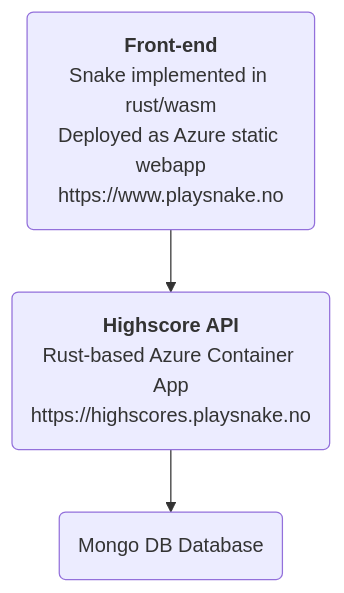
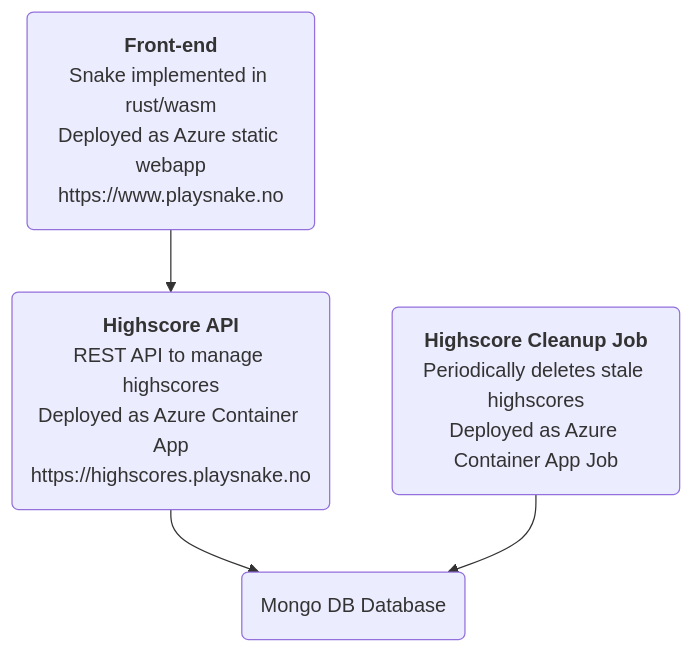
The diagram in README.md (christianfosli/snake), drawn with Mermaid before and after one commit. The commit also changed other lines of this file, not shown here.

````diff
--- a/README.md
+++ b/README.md
@@ -13,5 +13,6 @@
 ```mermaid
 graph TD
     A(<b>Front-end</b><br/>Snake implemented in rust/wasm<br/>Deployed as Azure static webapp<br/>https://www.playsnake.no)-->B
-    B(<b>Highscore API</b><br/>Rust-based Azure Container App<br/>https://highscores.playsnake.no)-->C(Mongo DB Database)
+    B(<b>Highscore API</b><br/>REST API to manage highscores<br/>Deployed as Azure Container App<br/>https://highscores.playsnake.no)-->C(Mongo DB Database)
+    D(<b>Highscore Cleanup Job</b><br/>Periodically deletes stale highscores<br/>Deployed as Azure Container App Job)-->C
 ```
````
